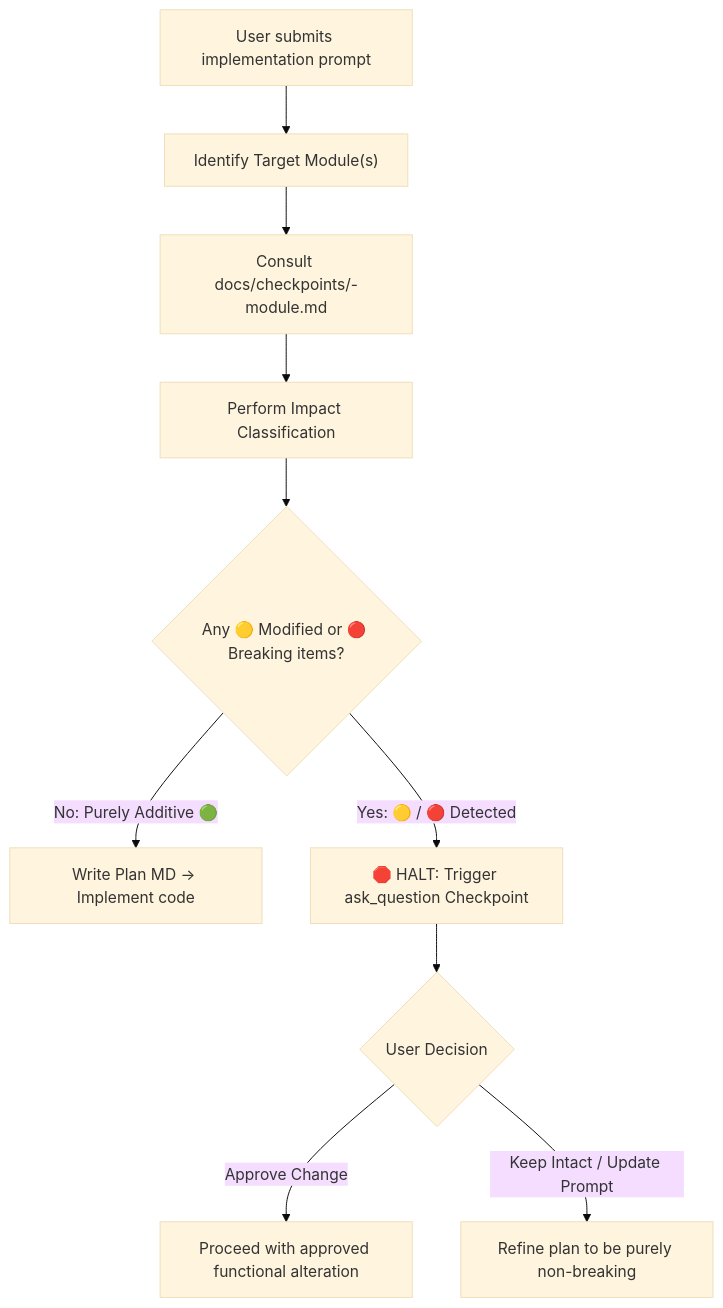
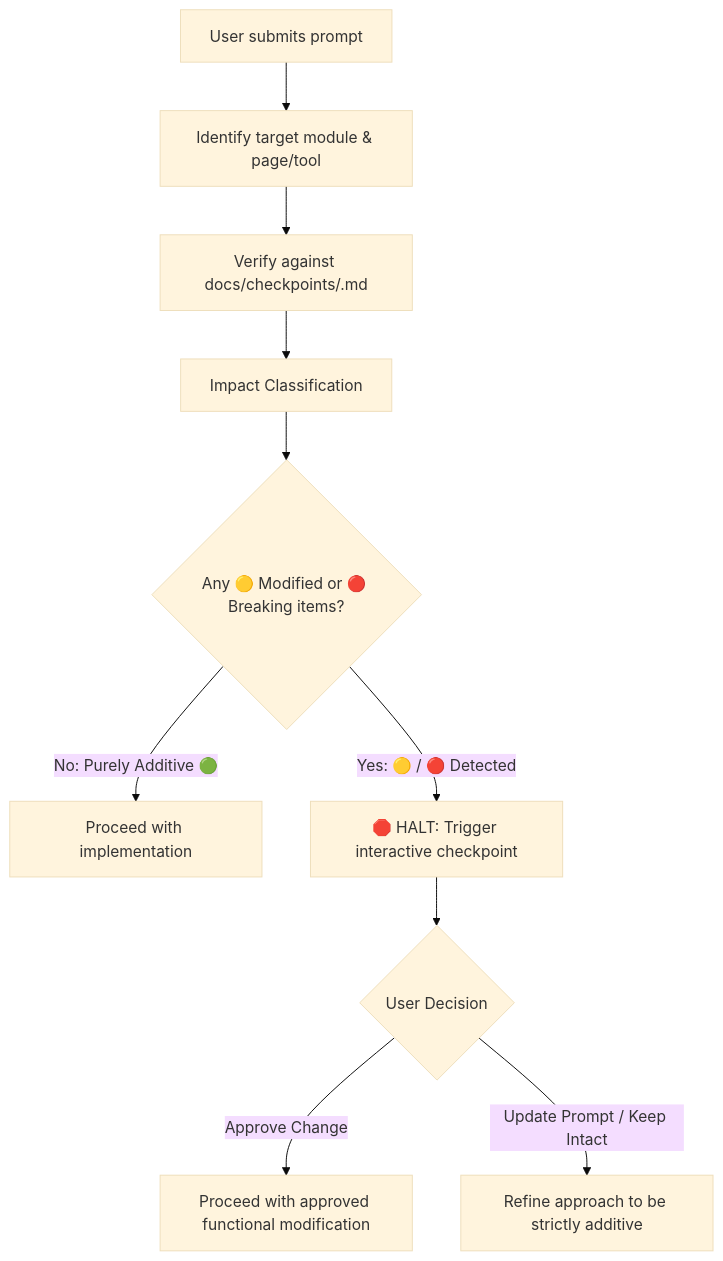
Before and after one commit to adityakumart/portfolio: the diagram in docs/checkpoints/README.md, drawn with Mermaid (base theme). The commit also changed other lines of this file and 6 other files, not shown here.

Commit message:
feat: add module checkpoint specifications and feature preservation rules

````diff
--- a/docs/checkpoints/README.md
+++ b/docs/checkpoints/README.md
@@ -22,12 +23,12 @@
 ```mermaid
 graph TD
-    A["User submits implementation prompt"] --> B["Identify Target Module(s)"]
-    B --> C["Consult docs/checkpoints/<module>-module.md"]
-    C --> D["Perform Impact Classification"]
+    A["User submits prompt"] --> B["Identify target module & page/tool"]
+    B --> C["Verify against docs/checkpoints/<module>.md"]
+    C --> D["Impact Classification"]
     D --> E{"Any 🟡 Modified or 🔴 Breaking items?"}
-    E -- No: Purely Additive 🟢 --> F["Write Plan MD -> Implement code"]
-    E -- Yes: 🟡 / 🔴 Detected --> G["🛑 HALT: Trigger ask_question Checkpoint"]
+    E -- No: Purely Additive 🟢 --> F["Proceed with implementation"]
+    E -- Yes: 🟡 / 🔴 Detected --> G["🛑 HALT: Trigger interactive checkpoint"]
     G --> H{"User Decision"}
-    H -- "Approve Change" --> I["Proceed with approved functional alteration"]
-    H -- "Keep Intact / Update Prompt" --> J["Refine plan to be purely non-breaking"]
+    H -- "Approve Change" --> I["Proceed with approved functional modification"]
+    H -- "Update Prompt / Keep Intact" --> J["Refine approach to be strictly additive"]
 ```
````
